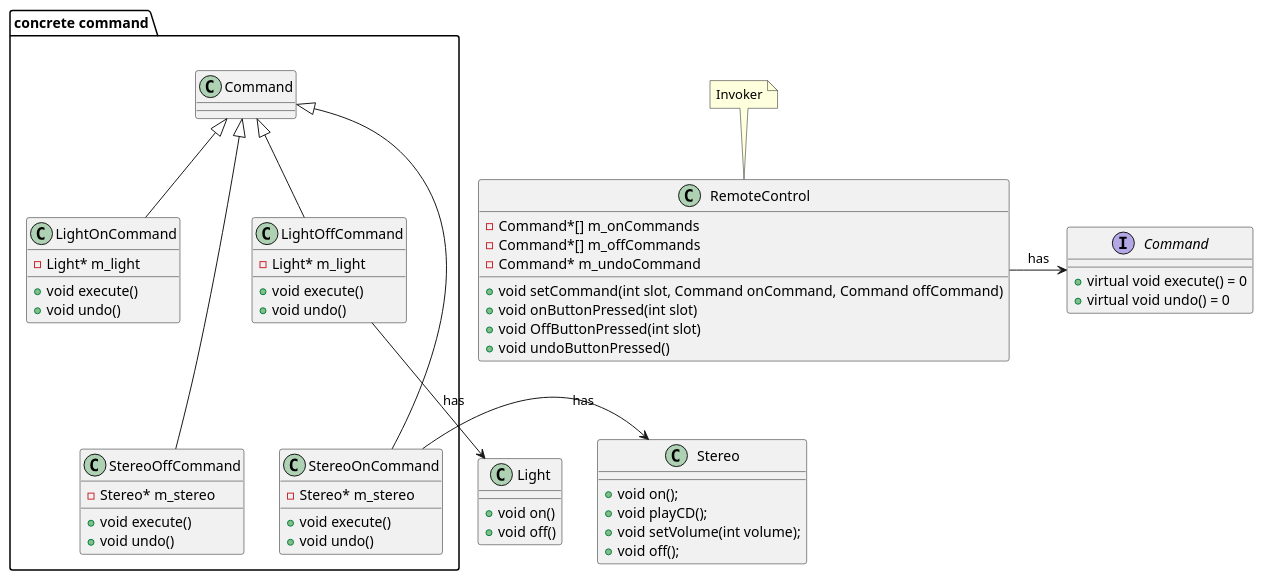
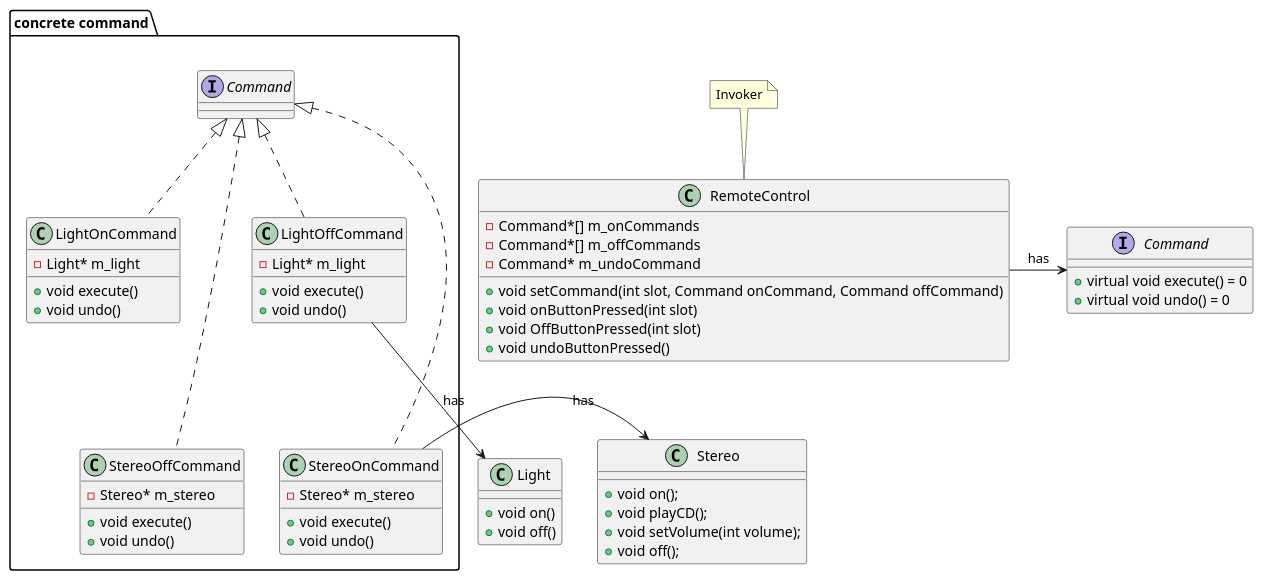
Before and after one commit to jwbecalm/Head-First-Design-Patterns-in-CPP: the diagram in ch06_Command/plantuml/Command_class.plantuml, drawn with PlantUML. The commit also changed 5 other files, not shown here.

```diff
--- a/ch06_Command/plantuml/Command_class.plantuml
+++ b/ch06_Command/plantuml/Command_class.plantuml
@@ -1,80 +1,80 @@
 @startuml Command Pattern
 
 
 class RemoteControl{
     - Command*[] m_onCommands
     - Command*[] m_offCommands
     - Command* m_undoCommand 
     + void setCommand(int slot, Command onCommand, Command offCommand)
     + void onButtonPressed(int slot)
     + void OffButtonPressed(int slot)
     + void undoButtonPressed()
 }
 note top of RemoteControl: Invoker
 
 
 interface Command{
     + virtual void execute() = 0
     + virtual void undo() = 0
 }
 RemoteControl -> Command: has
 
 class Light{
     + void on()
     + void off()
 }
 
 class Stereo{
     + void on();
     + void playCD();
     + void setVolume(int volume);
     + void off();
 }
 
 package "concrete command"{
 ' concrete command
-class LightOnCommand extends Command{
+class LightOnCommand implements Command{
     - Light* m_light
     + void execute()
     + void undo()
 }
 
-class LightOffCommand extends Command{
+class LightOffCommand implements Command{
     - Light* m_light
     + void execute()
     + void undo()
 }
 
-class StereoOnCommand extends Command{
+class StereoOnCommand implements Command{
     - Stereo* m_stereo
     + void execute()
     + void undo()
 }
-class StereoOffCommand extends Command{
+class StereoOffCommand implements Command{
     - Stereo* m_stereo
     + void execute()
     + void undo()
 }
 }
-' class NoCommand extends Command{
+' class NoCommand implements Command{
 '     + void execute()    // do nothing
 '     + void undo()       // do nothing
 ' }
 
 ' note left of LightOffCommand::execute()
 '     invoke receiver.action(); eg.on(),off()    
 ' end note
 
 Command -[hidden] Light
 Light -[hidden]-> RemoteControl
 
 LightOffCommand<-[hidden]-StereoOnCommand
 StereoOnCommand -[hidden] StereoOffCommand
 LightOnCommand -[hidden] LightOffCommand
 
 LightOffCommand -> Light: has
 StereoOnCommand -> Stereo: has
 Light <-[hidden] Stereo
 
 
 @enduml
```
